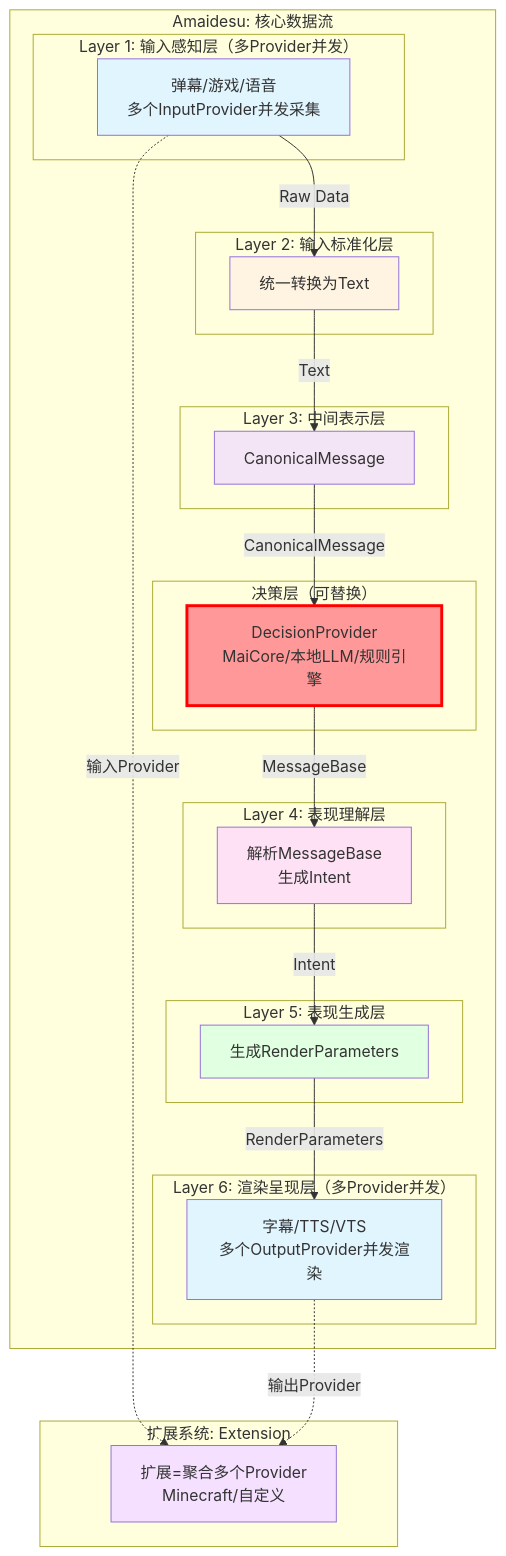
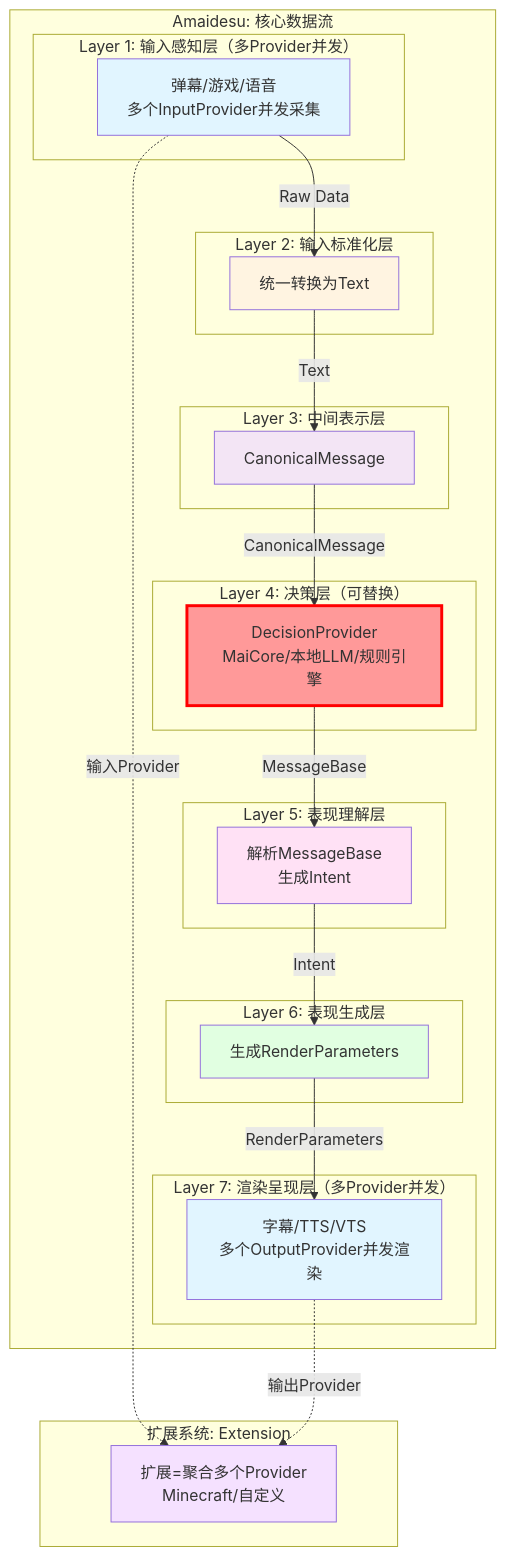
Before and after one commit to Mai-with-u/Amaidesu: the diagram in refactor/README.md, drawn with Mermaid. The commit also changed other lines of this file and 46 other files, not shown here.

````diff
--- a/refactor/README.md
+++ b/refactor/README.md
@@ -133,55 +133,55 @@
 ```mermaid
 graph TB
     subgraph "Amaidesu: 核心数据流"
         subgraph "Layer 1: 输入感知层（多Provider并发）"
             Perception[弹幕/游戏/语音<br/>多个InputProvider并发采集]
         end
 
         subgraph "Layer 2: 输入标准化层"
             Normalization[统一转换为Text]
         end
 
         subgraph "Layer 3: 中间表示层"
             Canonical[CanonicalMessage]
         end
 
-        subgraph "决策层（可替换）"
+        subgraph "Layer 4: 决策层（可替换）"
             DecisionLayer[DecisionProvider<br/>MaiCore/本地LLM/规则引擎]
         end
 
-        subgraph "Layer 4: 表现理解层"
+        subgraph "Layer 5: 表现理解层"
             Understanding[解析MessageBase<br/>生成Intent]
         end
 
-        subgraph "Layer 5: 表现生成层"
+        subgraph "Layer 6: 表现生成层"
             Expression[生成RenderParameters]
         end
 
-        subgraph "Layer 6: 渲染呈现层（多Provider并发）"
+        subgraph "Layer 7: 渲染呈现层（多Provider并发）"
             Rendering[字幕/TTS/VTS<br/>多个OutputProvider并发渲染]
         end
     end
 
     subgraph "扩展系统: Extension"
         Extensions[扩展=聚合多个Provider<br/>Minecraft/自定义]
     end
 
     Perception -->|"Raw Data"| Normalization
     Normalization -->|"Text"| Canonical
     Canonical -->|"CanonicalMessage"| DecisionLayer
     DecisionLayer -->|"MessageBase"| Understanding
     Understanding -->|"Intent"| Expression
     Expression -->|"RenderParameters"| Rendering
 
     Perception -.输入Provider.-> Extensions
     Rendering -.输出Provider.-> Extensions
 
     style Perception fill:#e1f5ff
     style Normalization fill:#fff4e1
     style Canonical fill:#f3e5f5
     style DecisionLayer fill:#ff9999,stroke:#ff0000,stroke-width:3px
     style Understanding fill:#ffe1f5
     style Expression fill:#e1ffe1
     style Rendering fill:#e1f5ff
     style Extensions fill:#f5e1ff
 ```
````
